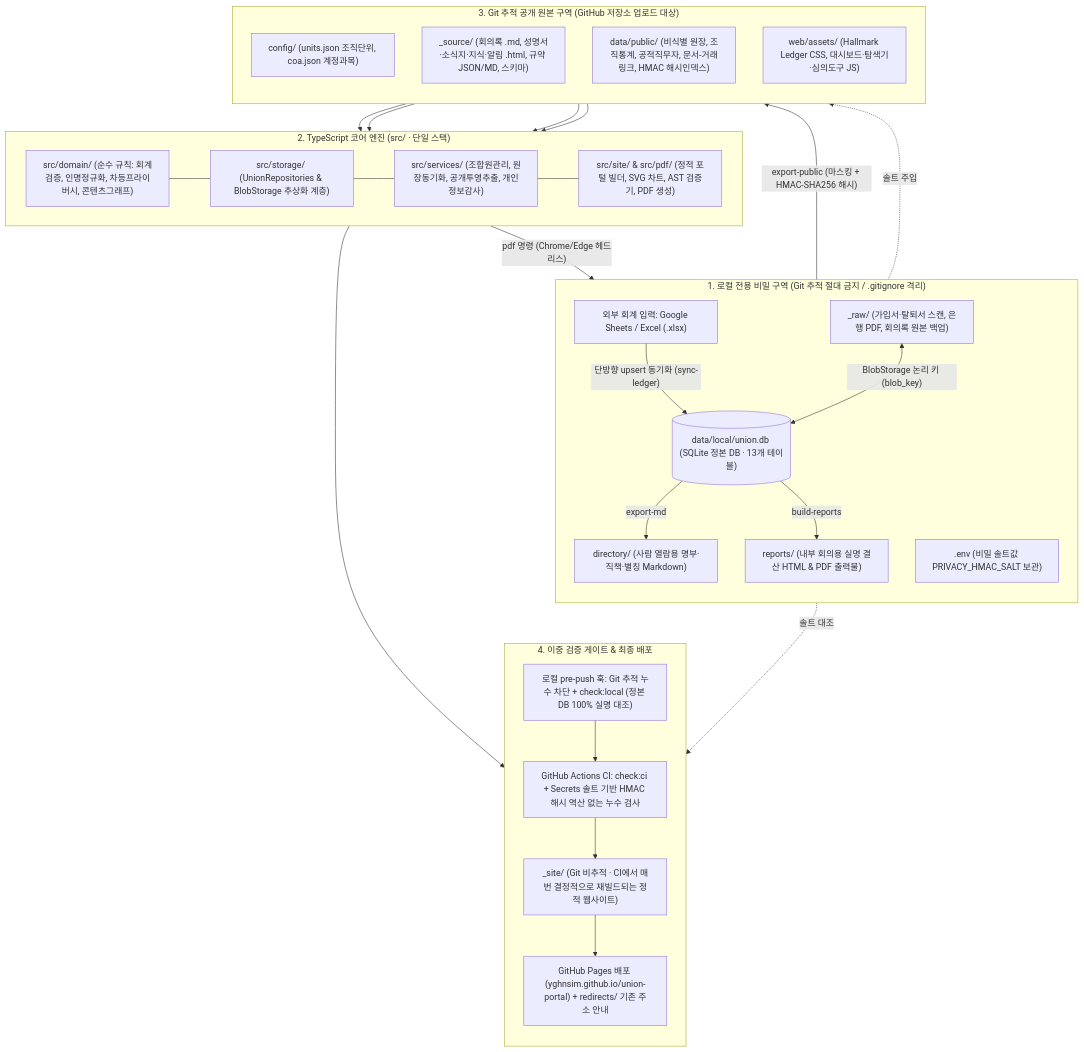
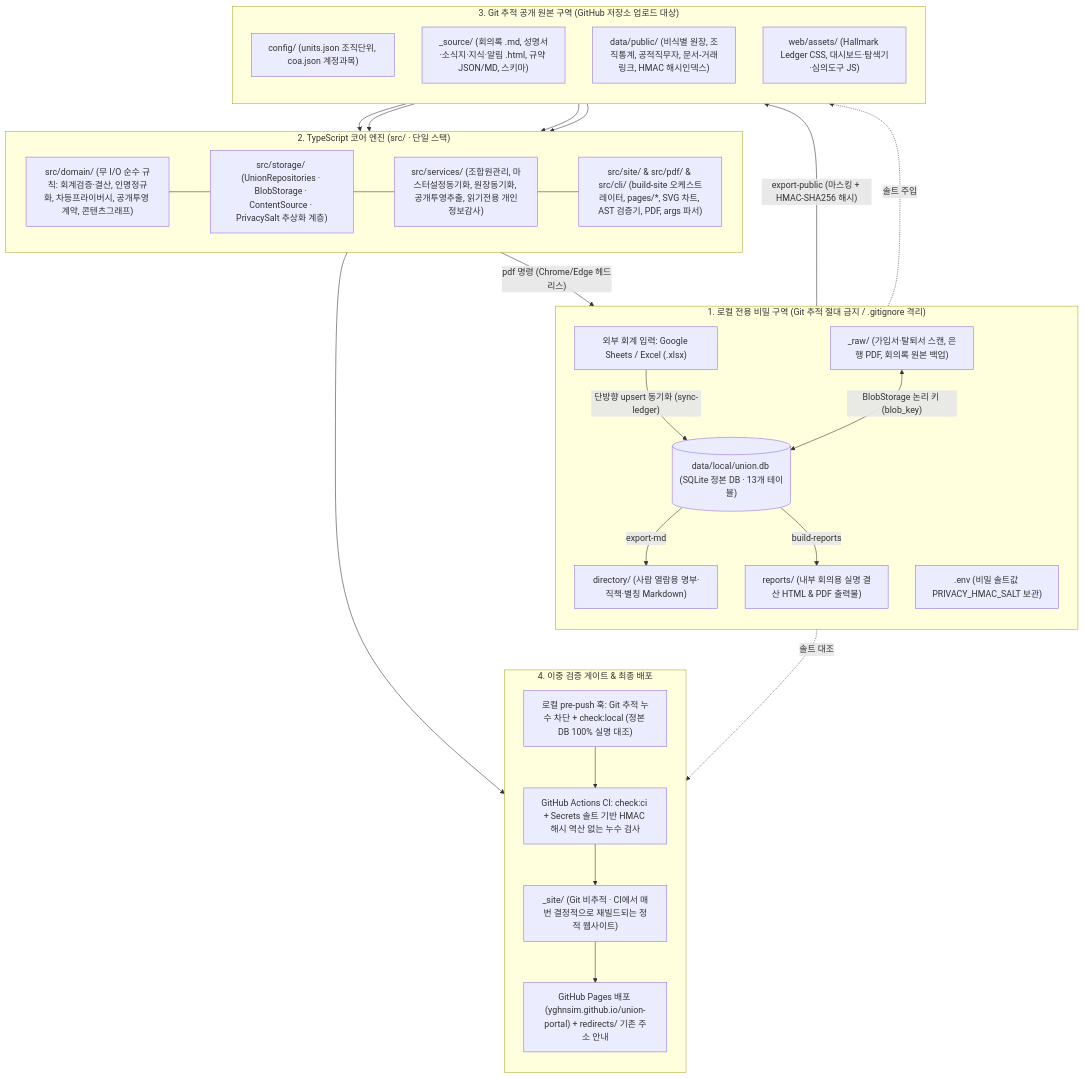
One commit to YgHnSIM/union-portal changed the first of 4 diagrams in docs/ARCHITECTURE-HANDOVER.md. Above: the diagram before and after it, drawn with Mermaid. The commit also changed other lines of this file and 6 other files, not shown here.

````diff
--- a/docs/ARCHITECTURE-HANDOVER.md
+++ b/docs/ARCHITECTURE-HANDOVER.md
@@ -62,52 +62,52 @@
 ```mermaid
 flowchart TB
     subgraph LOCAL["1. 로컬 전용 비밀 구역 (Git 추적 절대 금지 / .gitignore 격리)"]
         direction TB
         GS["외부 회계 입력: Google Sheets / Excel (.xlsx)"]
         RAW["_raw/ (가입서·탈퇴서 스캔, 은행 PDF, 회의록 원본 백업)"]
         ENV[".env (비밀 솔트값 PRIVACY_HMAC_SALT 보관)"]
         DB[("data/local/union.db (SQLite 정본 DB · 13개 테이블)")]
         DIR["directory/ (사람 열람용 명부·직책·별칭 Markdown)"]
         REP["reports/ (내부 회의용 실명 결산 HTML & PDF 출력물)"]
         GS -->|"단방향 upsert 동기화 (sync-ledger)"| DB
         RAW <-->|"BlobStorage 논리 키 (blob_key)"| DB
         DB -->|"export-md"| DIR
         DB -->|"build-reports"| REP
     end
 
     subgraph ENGINE["2. TypeScript 코어 엔진 (src/ · 단일 스택)"]
         direction LR
-        DOM["src/domain/ (순수 규칙: 회계검증, 인명정규화, 차등프라이버시, 콘텐츠그래프)"]
-        STO["src/storage/ (UnionRepositories & BlobStorage 추상화 계층)"]
-        SVC["src/services/ (조합원관리, 원장동기화, 공개투영추출, 개인정보감사)"]
-        SITE["src/site/ & src/pdf/ (정적 포털 빌더, SVG 차트, AST 검증기, PDF 생성)"]
+        DOM["src/domain/ (무 I/O 순수 규칙: 회계검증·결산, 인명정규화, 차등프라이버시, 공개투영 계약, 콘텐츠그래프)"]
+        STO["src/storage/ (UnionRepositories · BlobStorage · ContentSource · PrivacySalt 추상화 계층)"]
+        SVC["src/services/ (조합원관리, 마스터설정동기화, 원장동기화, 공개투영추출, 읽기전용 개인정보감사)"]
+        SITE["src/site/ & src/pdf/ & src/cli/ (build-site 오케스트레이터, pages/*, SVG 차트, AST 검증기, PDF, args 파서)"]
         DOM --- STO --- SVC --- SITE
     end
 
     subgraph GIT["3. Git 추적 공개 원본 구역 (GitHub 저장소 업로드 대상)"]
         direction TB
         CFG["config/ (units.json 조직단위, coa.json 계정과목)"]
         SRC["_source/ (회의록 .md, 성명서·소식지·지식·알림 .html, 규약 JSON/MD, 스키마)"]
         PUB["data/public/ (비식별 원장, 조직통계, 공적직무자, 문서-거래링크, HMAC 해시인덱스)"]
         AST["web/assets/ (Hallmark Ledger CSS, 대시보드·탐색기·심의도구 JS)"]
     end
 
     subgraph GATE["4. 이중 검증 게이트 & 최종 배포"]
         direction TB
         HOOK["로컬 pre-push 훅: Git 추적 누수 차단 + check:local (정본 DB 100% 실명 대조)"]
         CI["GitHub Actions CI: check:ci + Secrets 솔트 기반 HMAC 해시 역산 없는 누수 검사"]
         OUT["_site/ (Git 비추적 · CI에서 매번 결정적으로 재빌드되는 정적 웹사이트)"]
         PAGES["GitHub Pages 배포 (yghnsim.github.io/union-portal) + redirects/ 기존 주소 안내"]
         HOOK --> CI --> OUT --> PAGES
     end
 
     DB -->|"export-public (마스킹 + HMAC-SHA256 해시)"| PUB
     ENV -.->|"솔트 주입"| PUB
     ENV -.->|"솔트 대조"| HOOK
     SRC --> SITE
     PUB --> SITE
     CFG --> SITE
     AST --> SITE
     SITE --> OUT
     SITE -->|"pdf 명령 (Chrome/Edge 헤드리스)"| REP
 ```
````
